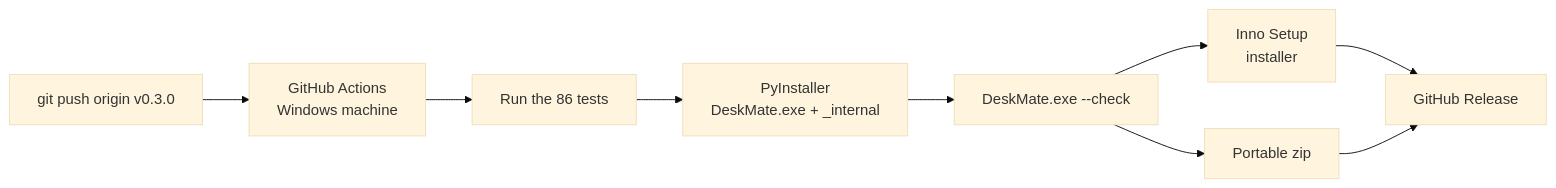
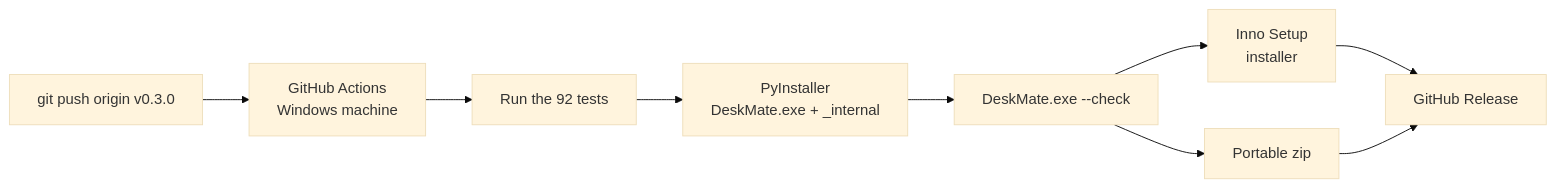
One commit to MuizKmz/deskmate changed the second of 2 diagrams in TUTORIAL.md. Above: the diagram before and after it, drawn with Mermaid (base theme). The commit also changed other lines of this file and 18 other files, not shown here.

````diff
--- a/TUTORIAL.md
+++ b/TUTORIAL.md
@@ -372,11 +394,11 @@
 ```mermaid
 flowchart LR
     T["git push origin v0.3.0"] --> GA[GitHub Actions<br/>Windows machine]
-    GA --> TS[Run the 86 tests]
+    GA --> TS[Run the 92 tests]
     TS --> PI["PyInstaller<br/>DeskMate.exe + _internal"]
     PI --> CK["DeskMate.exe --check"]
     CK --> IS[Inno Setup<br/>installer]
     CK --> ZIP[Portable zip]
     IS --> R[GitHub Release]
     ZIP --> R
 ```
````
